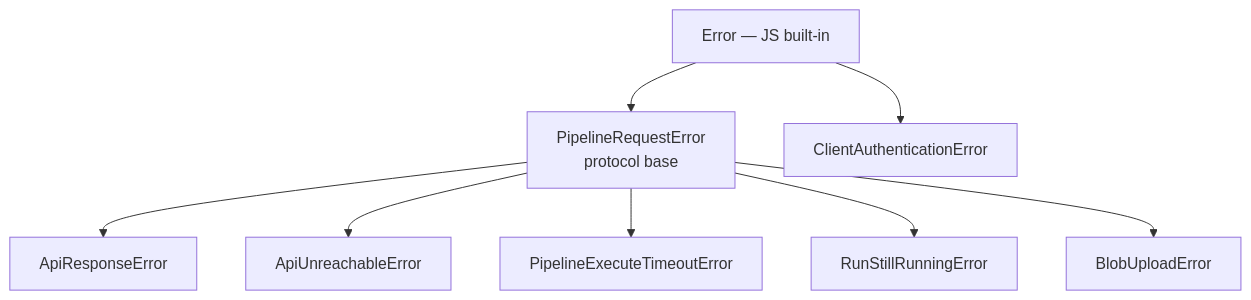
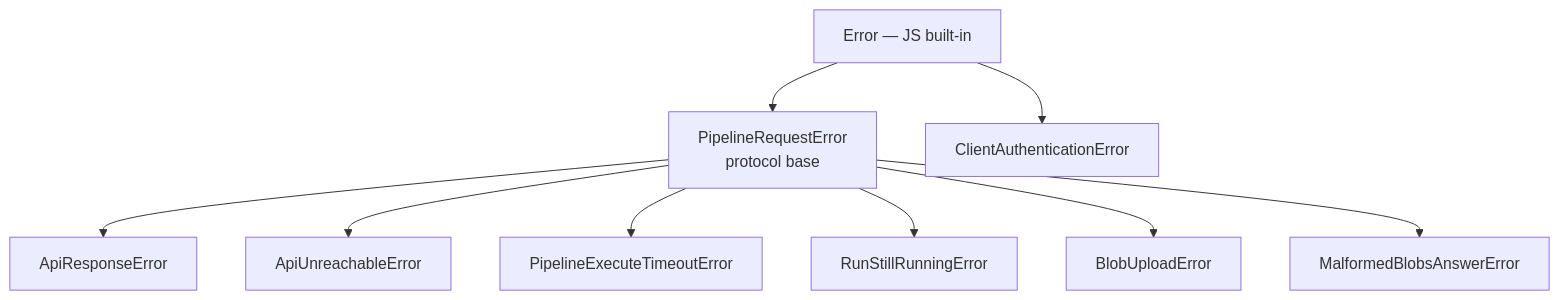
One commit to mthds-ai/mthds-js changed the diagram in docs/errors.md. Above: the diagram before and after it, drawn with Mermaid. The commit also changed other lines of this file and 46 other files, not shown here.

````diff
--- a/docs/errors.md
+++ b/docs/errors.md
@@ -9,18 +9,20 @@
 ```mermaid
 flowchart TD
     Err["Error — JS built-in"]
     PRE["PipelineRequestError<br/>protocol base"]
     CAE["ClientAuthenticationError"]
     ARE["ApiResponseError"]
     AUE["ApiUnreachableError"]
     PET["PipelineExecuteTimeoutError"]
     RSR["RunStillRunningError"]
     BUE["BlobUploadError"]
+    MBA["MalformedBlobsAnswerError"]
     Err --> PRE
     Err --> CAE
     PRE --> ARE
     PRE --> AUE
     PRE --> PET
     PRE --> RSR
     PRE --> BUE
+    PRE --> MBA
 ```
````
